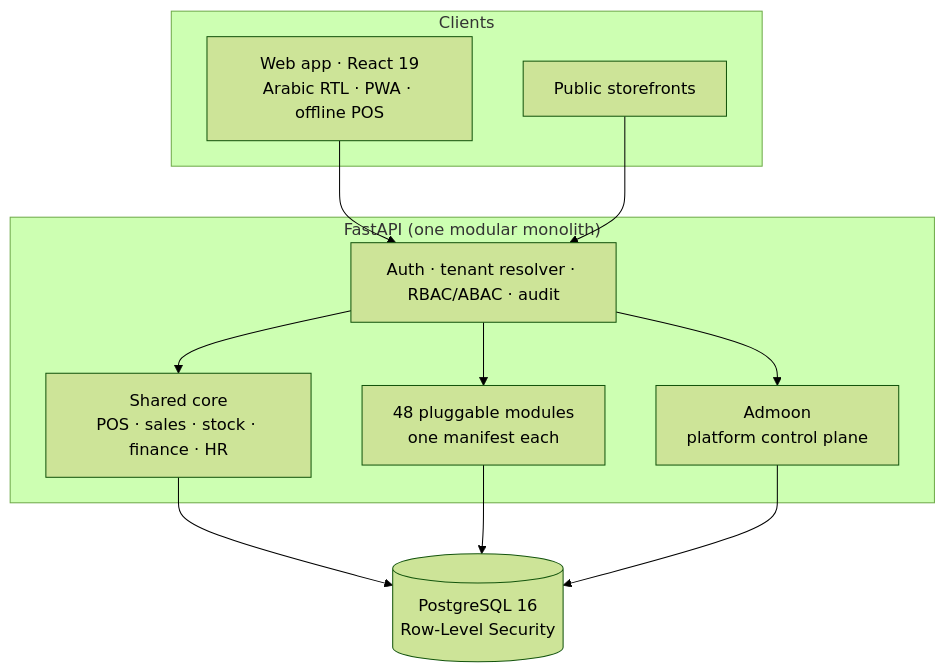
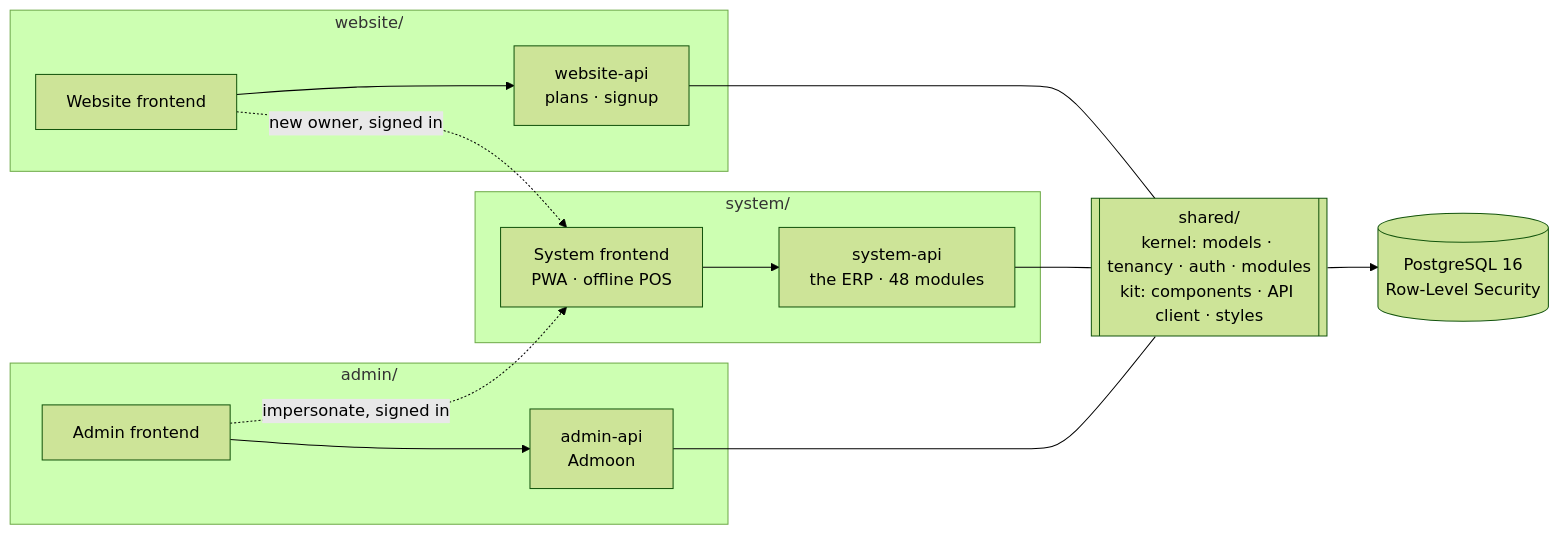
The diagram in README.md (Mizan-corp/Mizan), drawn with Mermaid (forest theme) before and after one commit. The commit also changed other lines of this file and 978 other files, not shown here.

First line of the commit message:
refactor: split into separate system, website and admin products

````diff
--- a/README.md
+++ b/README.md
@@ -111,18 +120,17 @@
 ```mermaid
-flowchart TB
-    subgraph Clients
-        A[Web app · React 19<br/>Arabic RTL · PWA · offline POS]
-        S[Public storefronts]
+flowchart LR
+    subgraph website["website/"]
+        WF[Website frontend] --> WA[website-api<br/>plans · signup]
     end
-    subgraph API["FastAPI (one modular monolith)"]
-        M[Auth · tenant resolver · RBAC/ABAC · audit]
-        C[Shared core<br/>POS · sales · stock · finance · HR]
-        V[48 pluggable modules<br/>one manifest each]
-        AD[Admoon<br/>platform control plane]
+    subgraph system["system/"]
+        SF[System frontend<br/>PWA · offline POS] --> SA[system-api<br/>the ERP · 48 modules]
     end
-    DB[(PostgreSQL 16<br/>Row-Level Security)]
-    A --> M
-    S --> M
-    M --> C & V & AD
-    C & V & AD --> DB
+    subgraph admin["admin/"]
+        AF[Admin frontend] --> AA[admin-api<br/>Admoon]
+    end
+    K[["shared/<br/>kernel: models · tenancy · auth · modules<br/>kit: components · API client · styles"]]
+    WA & SA & AA --- K
+    K --> DB[(PostgreSQL 16<br/>Row-Level Security)]
+    WF -. "new owner, signed in" .-> SF
+    AF -. "impersonate, signed in" .-> SF
 ```
````
